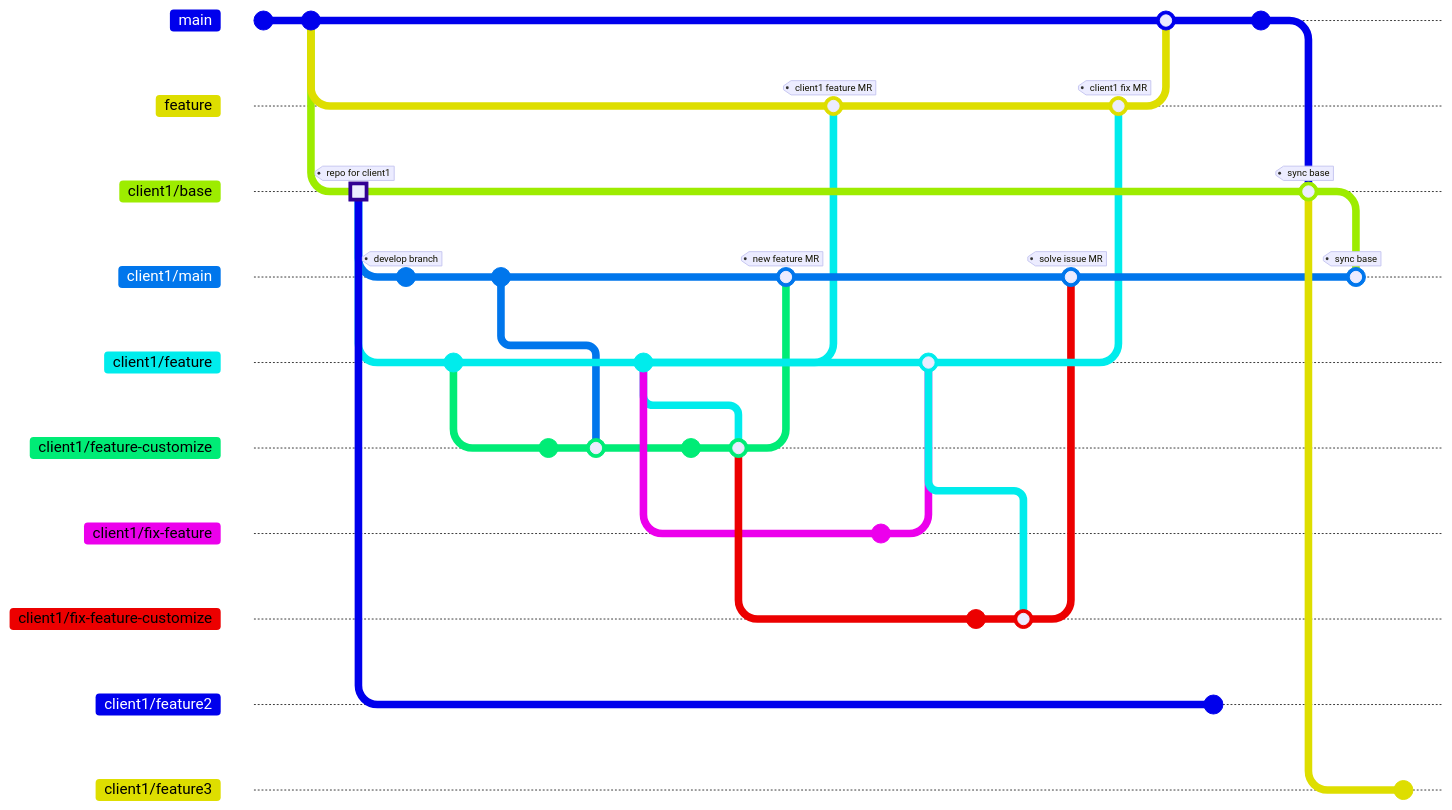
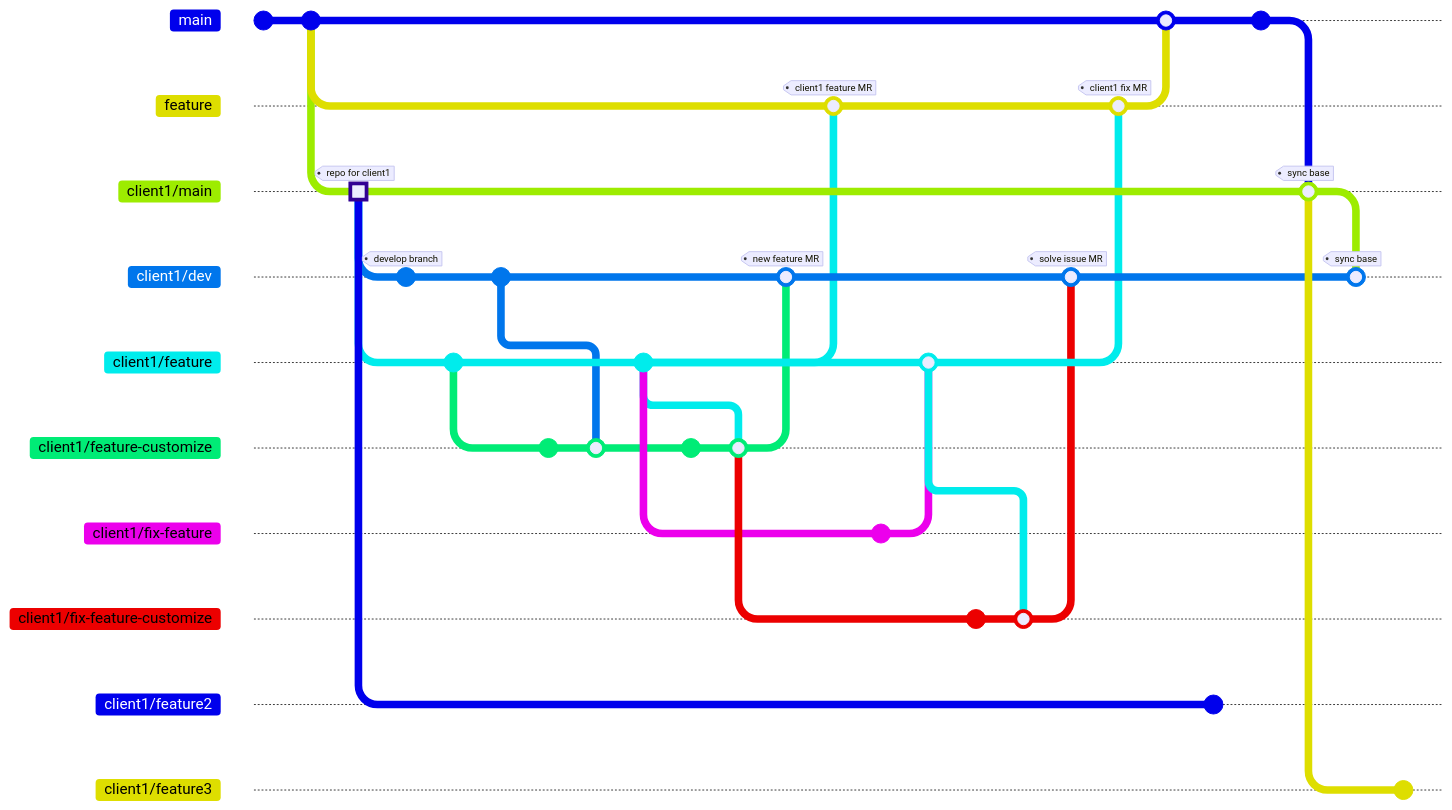
One commit to tsengyushiang/notes changed the second of 2 diagrams in git/workflow.md. Above: the diagram before and after it, drawn with Mermaid. Commit ids are hidden.

````diff
--- a/git/workflow.md
+++ b/git/workflow.md
@@ -40,58 +40,58 @@
 ```mermaid
 %%{init: { 'gitGraph': {'showCommitLabel': false}} }%%
 
 gitGraph
     commit
     commit
     branch feature
-    branch client1/base
+    branch client1/main
     commit tag:"repo for client1" type: HIGHLIGHT
-    branch client1/main
+    branch client1/dev
     commit tag:"develop branch"
-    checkout client1/base
+    checkout client1/main
     branch client1/feature
     commit
-    checkout client1/main
+    checkout client1/dev
     commit id:"other feature"
     checkout client1/feature
     branch client1/feature-customize
     commit
-    merge client1/main
+    merge client1/dev
     checkout client1/feature
     commit
     checkout client1/feature-customize
     commit
     merge client1/feature
-    checkout client1/main
+    checkout client1/dev
     merge client1/feature-customize tag:"new feature MR"
     checkout feature
     merge client1/feature tag:"client1 feature MR"
     checkout client1/feature
     branch client1/fix-feature
     commit
     checkout client1/feature
     merge client1/fix-feature
     checkout client1/feature-customize
     branch client1/fix-feature-customize
     commit
     merge client1/feature
-    checkout client1/main
+    checkout client1/dev
     merge client1/fix-feature-customize tag:"solve issue MR"
     checkout main
     checkout feature
     merge client1/feature tag:"client1 fix MR"
     checkout main
     merge feature
-    checkout client1/base
+    checkout client1/main
     branch client1/feature2
     commit
     checkout main
     commit
-    checkout client1/base
+    checkout client1/main
     merge main tag:"sync base"
+    checkout client1/dev
+    merge client1/main tag:"sync base"
     checkout client1/main
-    merge client1/base tag:"sync base"
-    checkout client1/base
     branch client1/feature3
     commit
 ```
````
